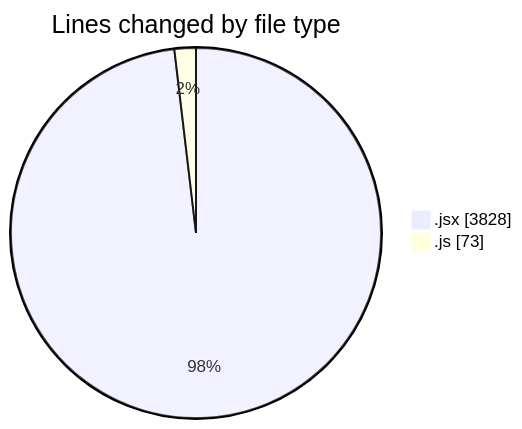
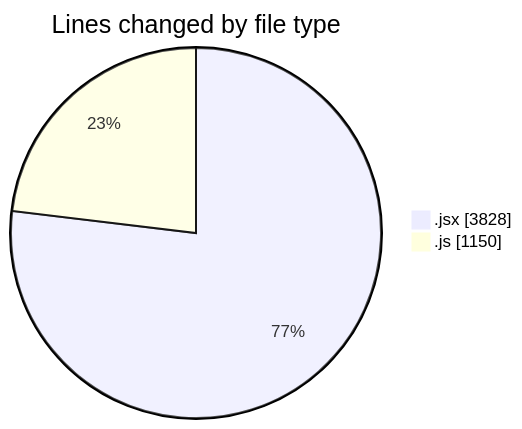
The first of 2 diagrams in 2025-12-24/nxtqube_webapp/README.md (nxtqubesakshisongat/code-tracking), drawn with Mermaid before and after one commit. The commit also changed other lines of this file and 1 other file, not shown here.

````diff
--- a/2025-12-24/nxtqube_webapp/README.md
+++ b/2025-12-24/nxtqube_webapp/README.md
@@ -23,6 +24,6 @@
 ```mermaid
 pie showData
 title Lines changed by file type
 ".jsx" : 3828
-".js" : 73
+".js" : 1150
 ```
````
